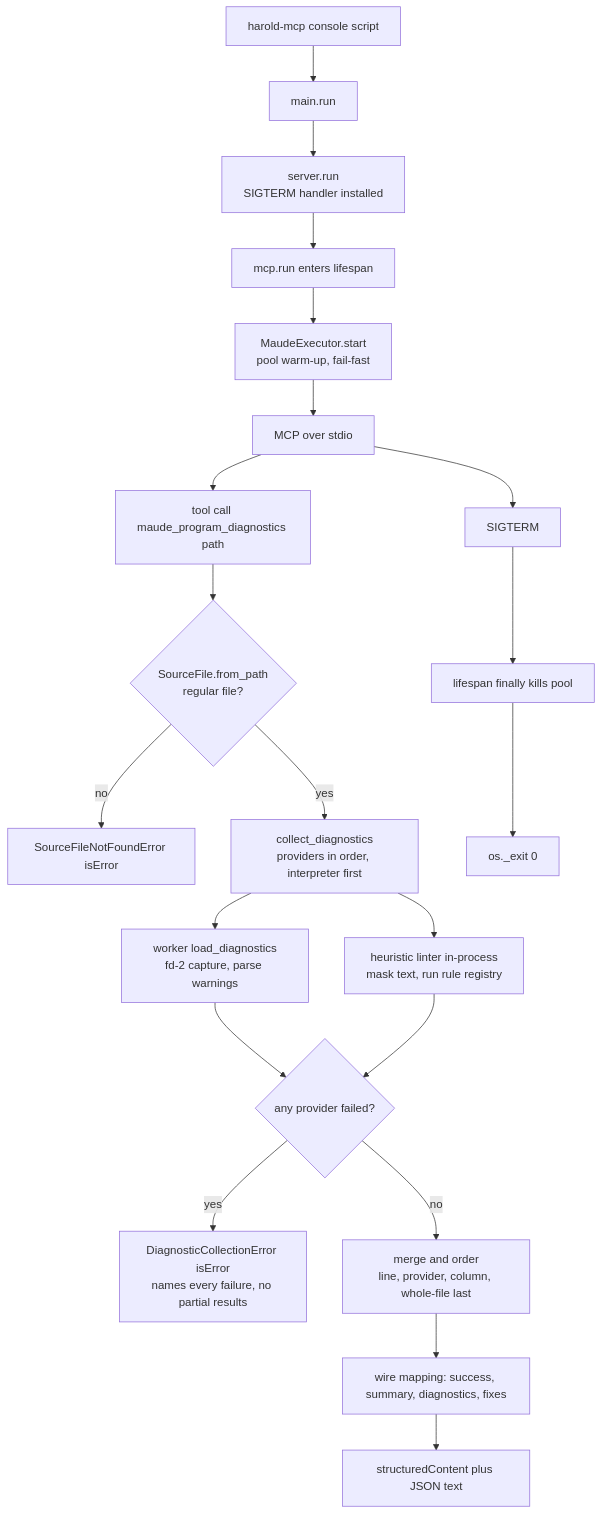
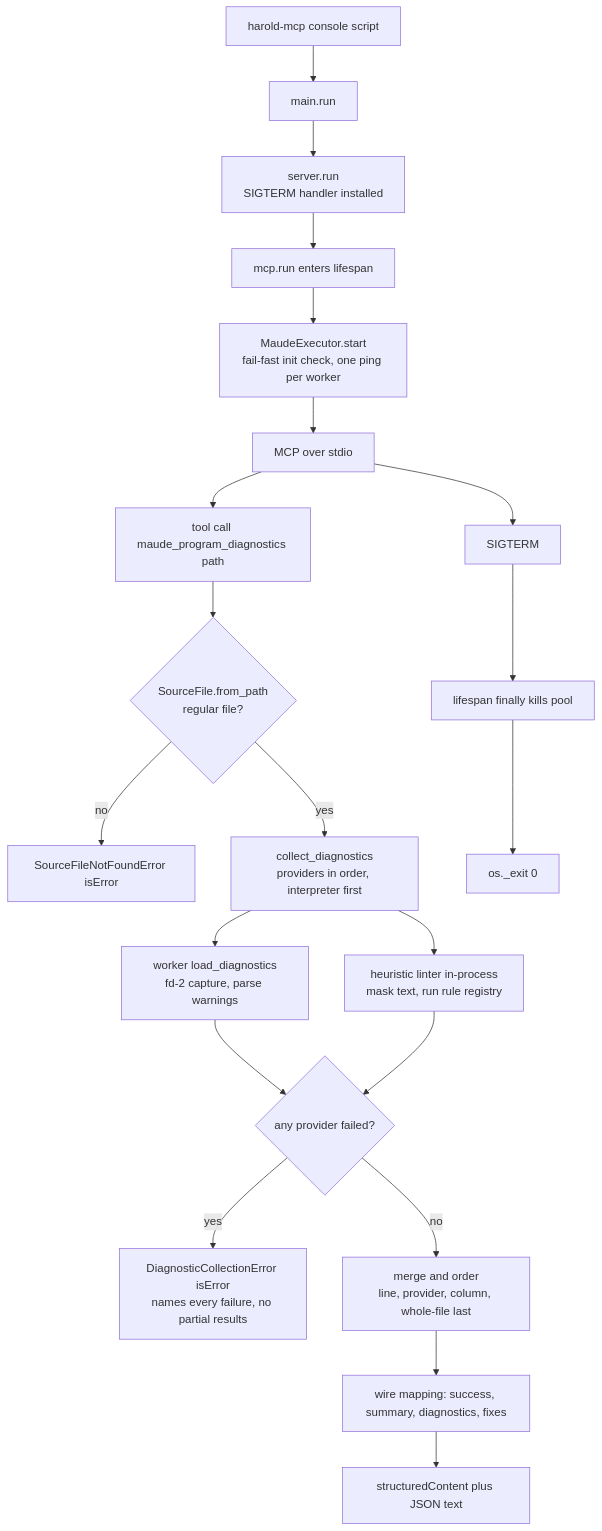
The first of 2 diagrams in harold-mcp/.agents/summary/workflows.md (demiourgoi/Harold), drawn with Mermaid before and after one commit. The commit also changed other lines of this file and 13 other files, not shown here.

````diff
--- a/harold-mcp/.agents/summary/workflows.md
+++ b/harold-mcp/.agents/summary/workflows.md
@@ -31,23 +36,23 @@
 ```mermaid
 flowchart TD
     A[harold-mcp console script] --> B[main.run]
     B --> C[server.run<br>SIGTERM handler installed]
     C --> D[mcp.run enters lifespan]
-    D --> E[MaudeExecutor.start<br>pool warm-up, fail-fast]
+    D --> E[MaudeExecutor.start<br>fail-fast init check, one ping per worker]
     E --> F[MCP over stdio]
     F --> G[tool call maude_program_diagnostics path]
     G --> H{SourceFile.from_path<br>regular file?}
     H -->|no| I[SourceFileNotFoundError isError]
     H -->|yes| J[collect_diagnostics<br>providers in order, interpreter first]
     J --> K[worker load_diagnostics<br>fd-2 capture, parse warnings]
     J --> L[heuristic linter in-process<br>mask text, run rule registry]
     K --> M{any provider failed?}
     L --> M
     M -->|yes| N[DiagnosticCollectionError isError<br>names every failure, no partial results]
     M -->|no| O[merge and order<br>line, provider, column, whole-file last]
     O --> P[wire mapping: success, summary, diagnostics, fixes]
     P --> Q[structuredContent plus JSON text]
     F --> R[SIGTERM]
     R --> S[lifespan finally kills pool]
     S --> T[os._exit 0]
 ```
````
